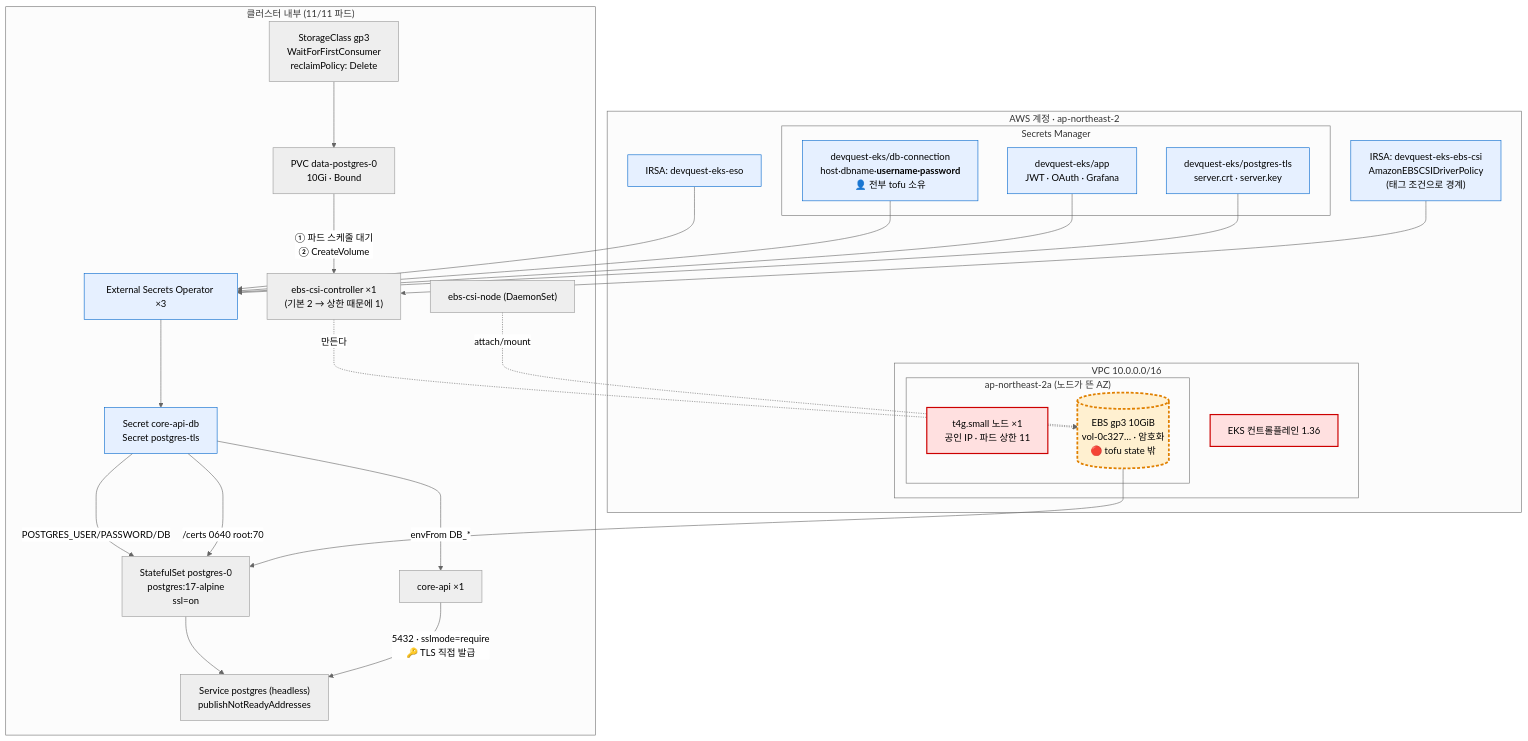
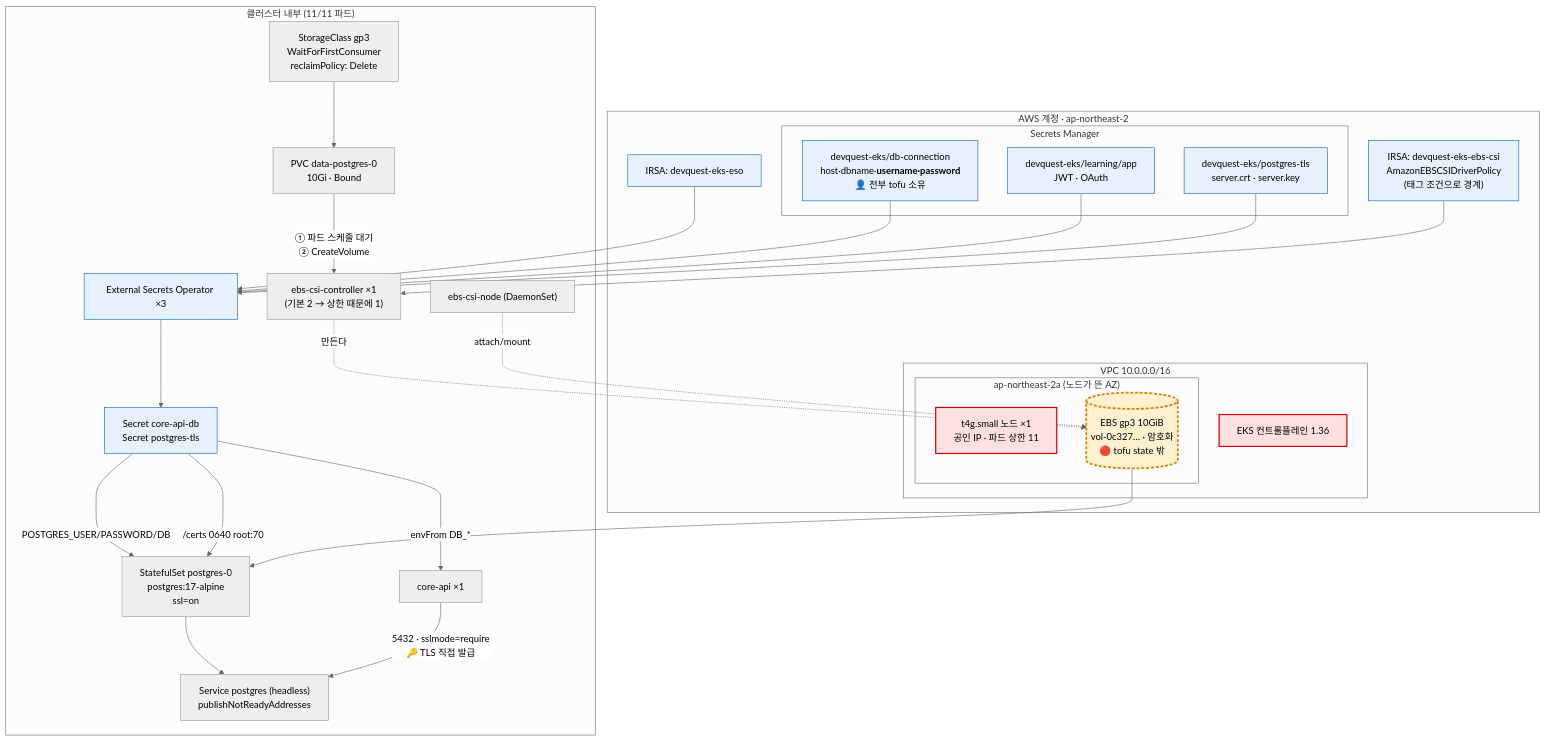
One commit to bangddong/switch-job-quest changed the fourth of 4 diagrams in docs/architecture/eks-2-cluster.md. Above: the diagram before and after it, drawn with Mermaid (neutral theme). The commit also changed other lines of this file and 13 other files, not shown here.

````diff
--- a/docs/architecture/eks-2-cluster.md
+++ b/docs/architecture/eks-2-cluster.md
@@ -270,56 +270,56 @@
 ```mermaid
 graph TB
   subgraph aws["AWS 계정 · ap-northeast-2"]
     subgraph vpc["VPC 10.0.0.0/16"]
       subgraph az["ap-northeast-2a (노드가 뜬 AZ)"]
         n1["t4g.small 노드 ×1<br/>공인 IP · 파드 상한 11"]
         ebs[("EBS gp3 10GiB<br/>vol-0c327… · 암호화<br/>🔴 tofu state 밖")]
       end
       cp["EKS 컨트롤플레인 1.36"]
     end
     subgraph sm["Secrets Manager"]
       smdb["devquest-eks/db-connection<br/>host·dbname·<b>username·password</b><br/>👤 전부 tofu 소유"]
-      smapp["devquest-eks/app<br/>JWT · OAuth · Grafana"]
+      smapp["devquest-eks/learning/app<br/>JWT · OAuth"]
       smtls["devquest-eks/postgres-tls<br/>server.crt · server.key"]
     end
     ebscsi["IRSA: devquest-eks-ebs-csi<br/>AmazonEBSCSIDriverPolicy<br/>(태그 조건으로 경계)"]
     esorole["IRSA: devquest-eks-eso"]
   end
 
   subgraph k8s["클러스터 내부 (11/11 파드)"]
     sc["StorageClass gp3<br/>WaitForFirstConsumer<br/>reclaimPolicy: Delete"]
     ctrl["ebs-csi-controller ×1<br/>(기본 2 → 상한 때문에 1)"]
     node["ebs-csi-node (DaemonSet)"]
     pvc["PVC data-postgres-0<br/>10Gi · Bound"]
     pg["StatefulSet postgres-0<br/>postgres:17-alpine<br/>ssl=on"]
     svc["Service postgres (headless)<br/>publishNotReadyAddresses"]
     eso["External Secrets Operator ×3"]
     ksec["Secret core-api-db<br/>Secret postgres-tls"]
     app["core-api ×1"]
   end
 
   esorole --> eso
   smdb --> eso
   smapp --> eso
   smtls --> eso
   eso --> ksec
   ksec -->|"POSTGRES_USER/PASSWORD/DB"| pg
   ksec -->|"envFrom DB_*"| app
   ksec -->|"/certs 0640 root:70"| pg
 
   ebscsi --> ctrl
   sc --> pvc
   pvc -->|"① 파드 스케줄 대기<br/>② CreateVolume"| ctrl
   ctrl -.->|"만든다"| ebs
   node -.->|"attach/mount"| ebs
   ebs --> pg
   pg --> svc
   app -->|"5432 · sslmode=require<br/>🔑 TLS 직접 발급"| svc
 
   classDef bill fill:#ffe0e0,stroke:#c00,stroke-width:2px;
   classDef orphan fill:#fff0d0,stroke:#e08000,stroke-width:3px,stroke-dasharray:5 3;
   classDef sec fill:#e6f0ff,stroke:#06c;
   class cp,n1 bill;
   class ebs orphan;
   class smdb,smapp,smtls,esorole,ebscsi,eso,ksec sec;
 ```
````
